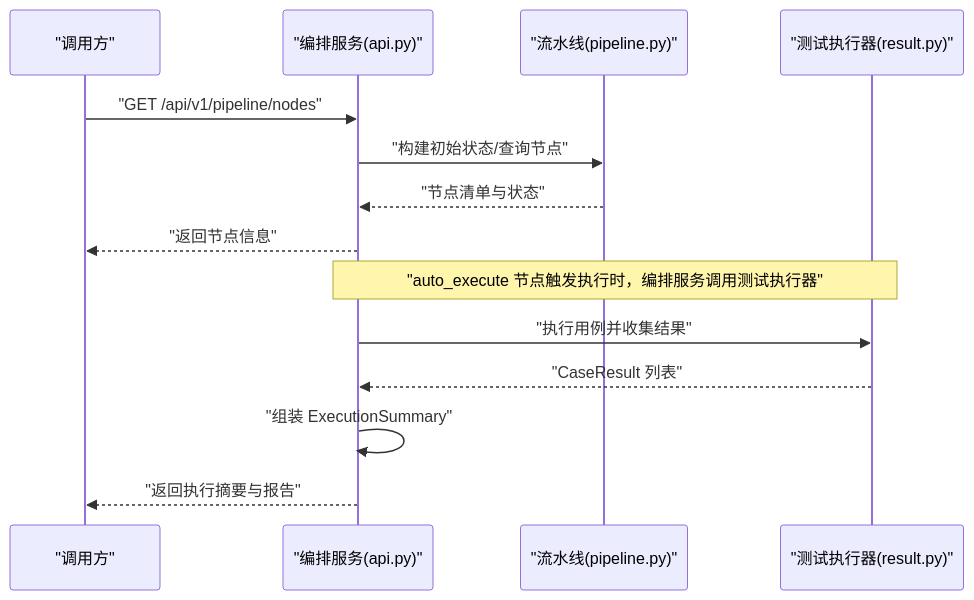
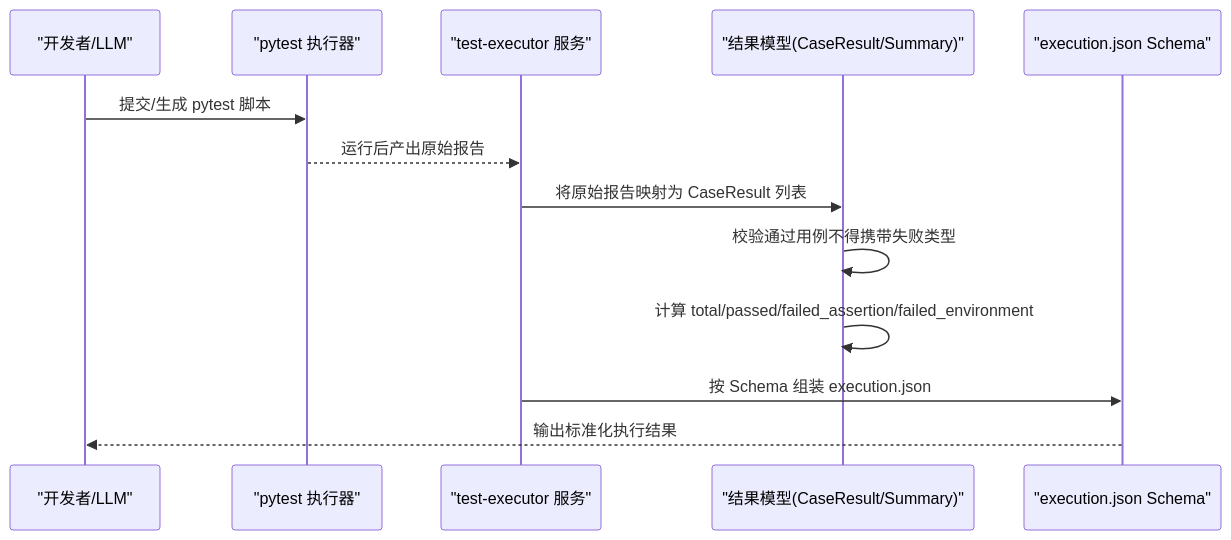
The second of 5 diagrams in .qoder/repowiki/zh/content/核心服务/测试执行器.md (Joeyzheng001/LLM-AutoTest), drawn with Mermaid before and after one commit. The commit also changed other lines of this file and 186 other files, not shown here.

````diff
--- a/.qoder/repowiki/zh/content/核心服务/测试执行器.md
+++ b/.qoder/repowiki/zh/content/核心服务/测试执行器.md
@@ -89,16 +93,15 @@
 ```mermaid
 sequenceDiagram
-participant Client as "调用方"
-participant Orchestrator as "编排服务(api.py)"
-participant Pipeline as "流水线(pipeline.py)"
-participant Executor as "测试执行器(result.py)"
-Client->>Orchestrator : "GET /api/v1/pipeline/nodes"
-Orchestrator->>Pipeline : "构建初始状态/查询节点"
-Pipeline-->>Orchestrator : "节点清单与状态"
-Orchestrator-->>Client : "返回节点信息"
-Note over Orchestrator,Executor : "auto_execute 节点触发执行时，编排服务调用测试执行器"
-Orchestrator->>Executor : "执行用例并收集结果"
-Executor-->>Orchestrator : "CaseResult 列表"
-Orchestrator->>Orchestrator : "组装 ExecutionSummary"
-Orchestrator-->>Client : "返回执行摘要与报告"
+participant Dev as "开发者/LLM"
+participant Runner as "pytest 执行器"
+participant Executor as "test-executor 服务"
+participant Model as "结果模型(CaseResult/Summary)"
+participant Schema as "execution.json Schema"
+Dev->>Runner : 提交/生成 pytest 脚本
+Runner-->>Executor : 运行后产出原始报告
+Executor->>Model : 将原始报告映射为 CaseResult 列表
+Model->>Model : 校验通过用例不得携带失败类型
+Model->>Model : 计算 total/passed/failed_assertion/failed_environment
+Executor->>Schema : 按 Schema 组装 execution.json
+Schema-->>Dev : 输出标准化执行结果
 ```
````
